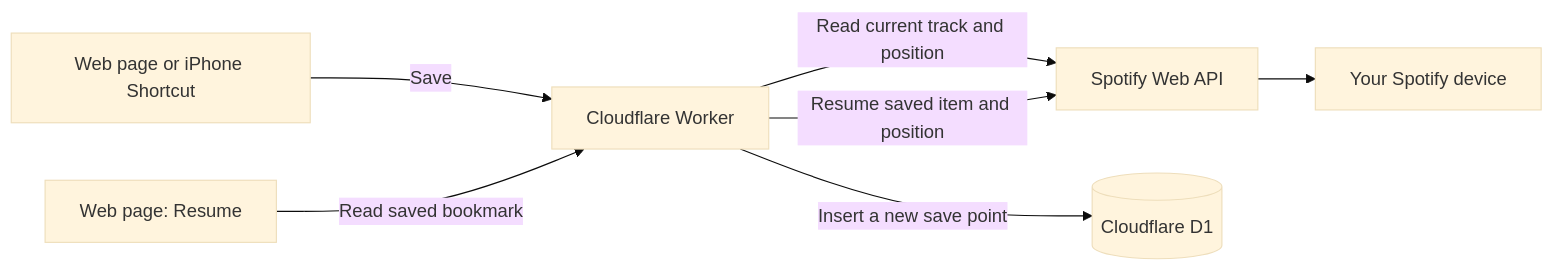
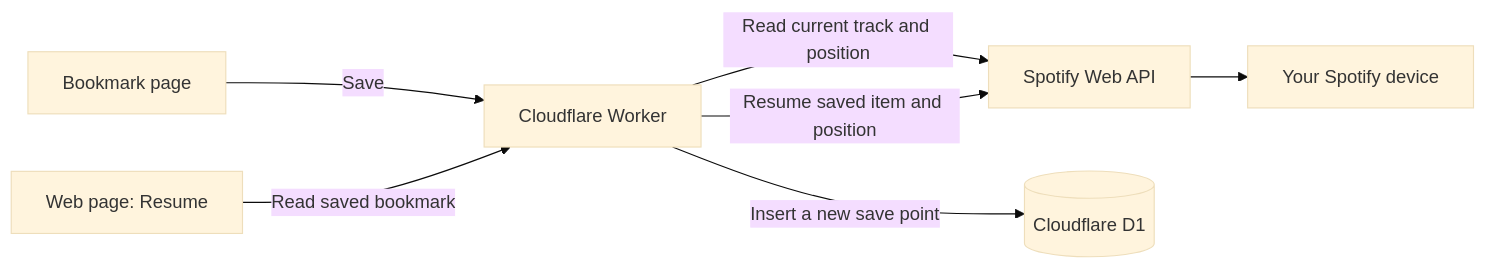
Before and after one commit to jtdelosh-ops/spotify-album-bookmarks: the diagram in README.md, drawn with Mermaid (base theme). The commit also changed other lines of this file and 11 other files, not shown here.

Commit message:
Add foreground iPhone resume and remove Shortcut credential UI

````diff
--- a/README.md
+++ b/README.md
@@ -23,9 +23,9 @@
 ```mermaid
 flowchart LR
-    A[Web page or iPhone Shortcut] -->|Save| B[Cloudflare Worker]
+    A[Bookmark page] -->|Save| B[Cloudflare Worker]
     B -->|Read current track and position| C[Spotify Web API]
     B -->|Insert a new save point| D[(Cloudflare D1)]
     E[Web page: Resume] -->|Read saved bookmark| B
     B -->|Resume saved item and position| C
     C --> F[Your Spotify device]
 ```
````
